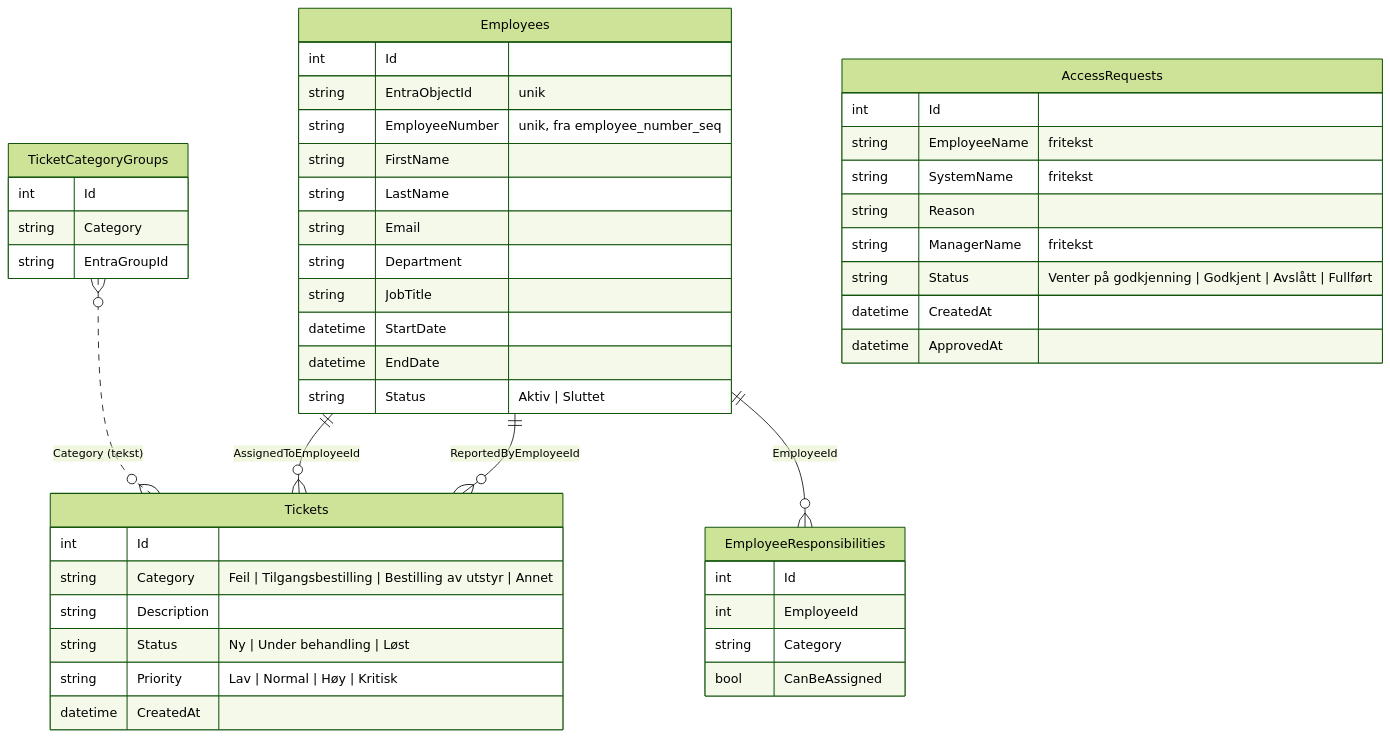
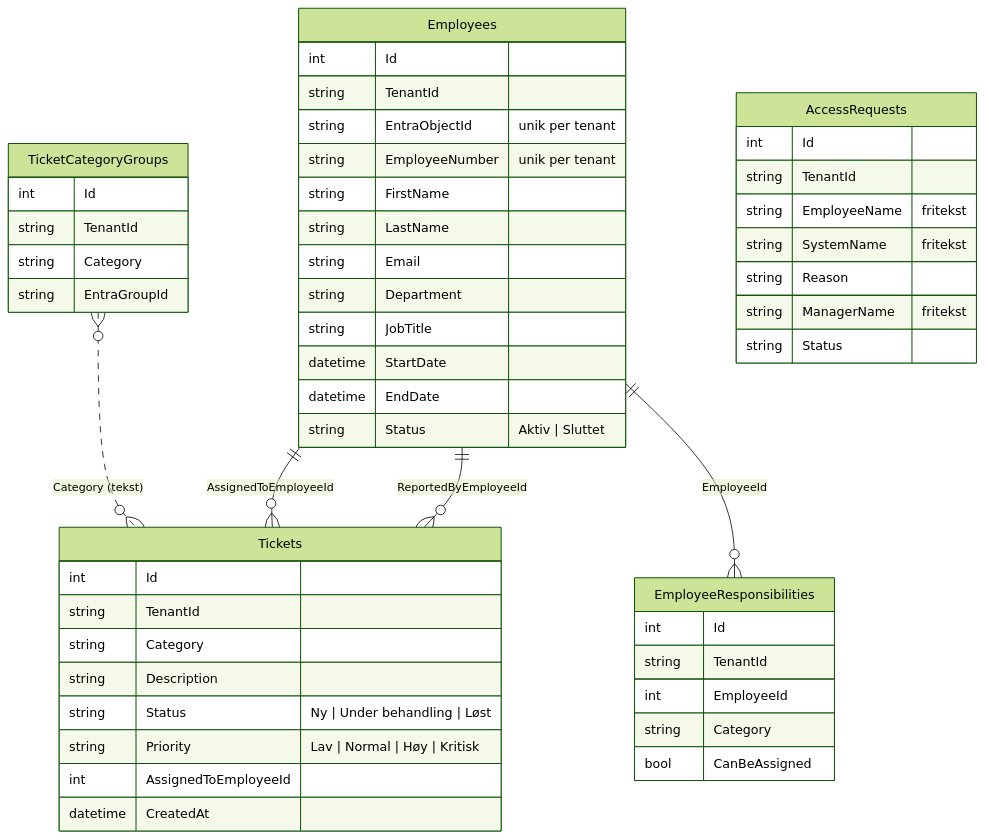
The diagram in UTVIDELSESPLAN.md (annegretheark/antire-it-operations), drawn with Mermaid (forest theme) before and after one commit. The commit also changed other lines of this file and 5 other files, not shown here.

First line of the commit message:
Add rewritten plan content and MSP-model notices to architecture docs

````diff
--- a/UTVIDELSESPLAN.md
+++ b/UTVIDELSESPLAN.md
@@ -26,51 +48,55 @@
 ```mermaid
 erDiagram
     Employees ||--o{ Tickets : "ReportedByEmployeeId"
     Employees ||--o{ Tickets : "AssignedToEmployeeId"
     Employees ||--o{ EmployeeResponsibilities : "EmployeeId"
     TicketCategoryGroups }o..o{ Tickets : "Category (tekst)"
     AccessRequests
 
     Employees {
         int Id
-        string EntraObjectId "unik"
-        string EmployeeNumber "unik, fra employee_number_seq"
+        string TenantId
+        string EntraObjectId "unik per tenant"
+        string EmployeeNumber "unik per tenant"
         string FirstName
         string LastName
         string Email
         string Department
         string JobTitle
         datetime StartDate
         datetime EndDate
         string Status "Aktiv | Sluttet"
     }
     Tickets {
         int Id
-        string Category "Feil | Tilgangsbestilling | Bestilling av utstyr | Annet"
+        string TenantId
+        string Category
         string Description
         string Status "Ny | Under behandling | Løst"
         string Priority "Lav | Normal | Høy | Kritisk"
+        int AssignedToEmployeeId
         datetime CreatedAt
     }
     EmployeeResponsibilities {
         int Id
+        string TenantId
         int EmployeeId
         string Category
         bool CanBeAssigned
     }
     TicketCategoryGroups {
         int Id
+        string TenantId
         string Category
         string EntraGroupId
     }
     AccessRequests {
         int Id
+        string TenantId
         string EmployeeName "fritekst"
         string SystemName "fritekst"
         string Reason
         string ManagerName "fritekst"
-        string Status "Venter på godkjenning | Godkjent | Avslått | Fullført"
-        datetime CreatedAt
-        datetime ApprovedAt
+        string Status
     }
 ```
````
